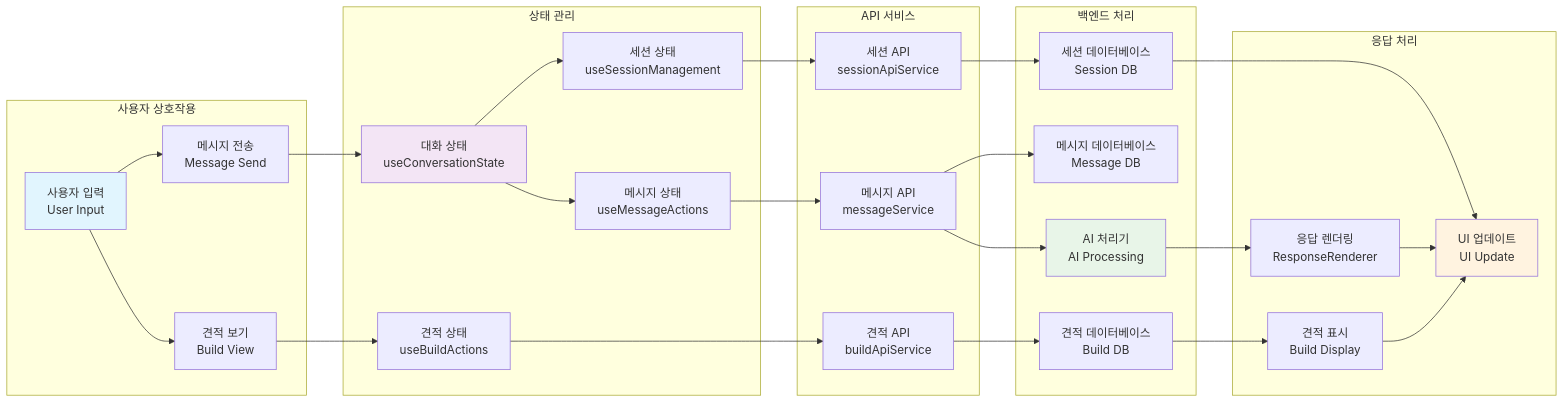
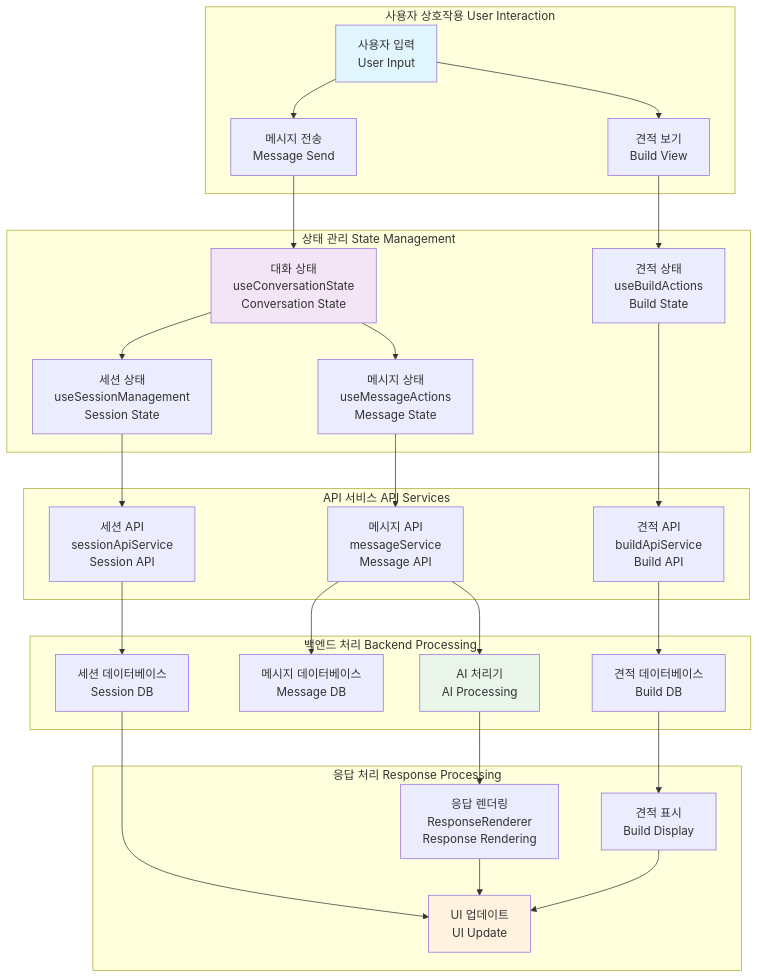
Before and after one commit to p0pular131/askspec-chat-assistant: the fourth of 19 diagrams in docs/design-specification.md, drawn with Mermaid. The commit also changed other lines of this file and 1 other file, not shown here.

First line of the commit message:
Refactor: Adjust diagram layout for readability

````diff
--- a/docs/design-specification.md
+++ b/docs/design-specification.md
@@ -205,65 +205,65 @@
 ```mermaid
-graph LR
-    subgraph "사용자 상호작용"
-        UserInput[사용자 입력<br/>User Input]
-        MessageSend[메시지 전송<br/>Message Send]
-        BuildView[견적 보기<br/>Build View]
+graph TB
+    subgraph "사용자 상호작용 User Interaction"
+        UserInput["사용자 입력<br/>User Input"]
+        MessageSend["메시지 전송<br/>Message Send"]
+        BuildView["견적 보기<br/>Build View"]
     end
     
-    subgraph "상태 관리"
-        ConversationState[대화 상태<br/>useConversationState]
-        SessionState[세션 상태<br/>useSessionManagement]
-        MessageState[메시지 상태<br/>useMessageActions]
-        BuildState[견적 상태<br/>useBuildActions]
+    subgraph "상태 관리 State Management"
+        ConversationState["대화 상태<br/>useConversationState<br/>Conversation State"]
+        SessionState["세션 상태<br/>useSessionManagement<br/>Session State"]
+        MessageState["메시지 상태<br/>useMessageActions<br/>Message State"]
+        BuildState["견적 상태<br/>useBuildActions<br/>Build State"]
     end
     
-    subgraph "API 서비스"
-        SessionAPI[세션 API<br/>sessionApiService]
-        MessageAPI[메시지 API<br/>messageService]
-        BuildAPI[견적 API<br/>buildApiService]
+    subgraph "API 서비스 API Services"
+        SessionAPI["세션 API<br/>sessionApiService<br/>Session API"]
+        MessageAPI["메시지 API<br/>messageService<br/>Message API"]
+        BuildAPI["견적 API<br/>buildApiService<br/>Build API"]
     end
     
-    subgraph "백엔드 처리"
-        SessionDB[세션 데이터베이스<br/>Session DB]
-        MessageDB[메시지 데이터베이스<br/>Message DB]
-        BuildDB[견적 데이터베이스<br/>Build DB]
-        AIProcessor[AI 처리기<br/>AI Processing]
+    subgraph "백엔드 처리 Backend Processing"
+        SessionDB["세션 데이터베이스<br/>Session DB"]
+        MessageDB["메시지 데이터베이스<br/>Message DB"]
+        BuildDB["견적 데이터베이스<br/>Build DB"]
+        AIProcessor["AI 처리기<br/>AI Processing"]
     end
     
-    subgraph "응답 처리"
-        ResponseRender[응답 렌더링<br/>ResponseRenderer]
-        BuildDisplay[견적 표시<br/>Build Display]
-        UIUpdate[UI 업데이트<br/>UI Update]
+    subgraph "응답 처리 Response Processing"
+        ResponseRender["응답 렌더링<br/>ResponseRenderer<br/>Response Rendering"]
+        BuildDisplay["견적 표시<br/>Build Display"]
+        UIUpdate["UI 업데이트<br/>UI Update"]
     end
     
     UserInput --> MessageSend
     UserInput --> BuildView
     
     MessageSend --> ConversationState
     BuildView --> BuildState
     
     ConversationState --> SessionState
     ConversationState --> MessageState
     
     SessionState --> SessionAPI
     MessageState --> MessageAPI
     BuildState --> BuildAPI
     
     SessionAPI --> SessionDB
     MessageAPI --> MessageDB
     MessageAPI --> AIProcessor
     BuildAPI --> BuildDB
     
     AIProcessor --> ResponseRender
     BuildDB --> BuildDisplay
     
     ResponseRender --> UIUpdate
     BuildDisplay --> UIUpdate
     
     SessionDB --> UIUpdate
     
     style UserInput fill:#e1f5fe
     style ConversationState fill:#f3e5f5
     style AIProcessor fill:#e8f5e8
     style UIUpdate fill:#fff3e0
 ```
````
